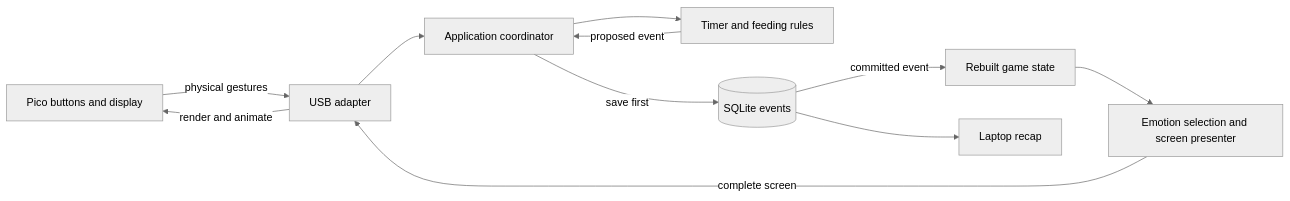
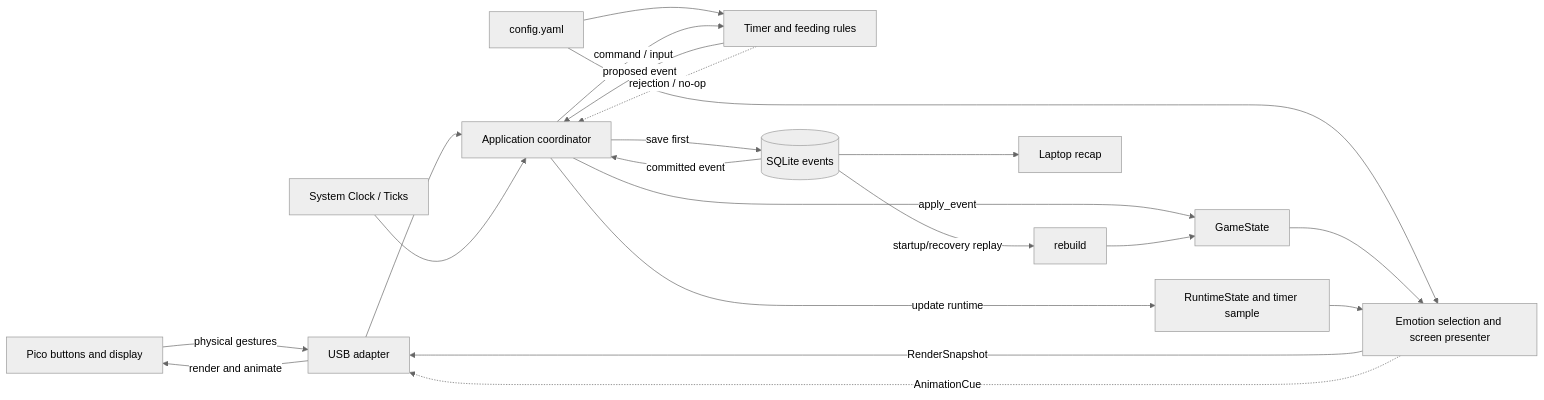
One commit to Ju5t1nL3/Hus-Kitchen changed the second of 2 diagrams in docs/system_design.md. Above: the diagram before and after it, drawn with Mermaid (neutral theme). The commit also changed other lines of this file, not shown here.

Commit message:
Update system design diagrams

````diff
--- a/docs/system_design.md
+++ b/docs/system_design.md
@@ -9,13 +29,32 @@
 ```mermaid
 flowchart LR
+    %% Inputs
     Pico[Pico buttons and display] -->|physical gestures| USB[USB adapter]
     USB --> App[Application coordinator]
-    App --> Rules[Timer and feeding rules]
+    Clock[System Clock / Ticks] --> App
+    Config[config.yaml] --> Rules
+    Config --> View
+
+    %% Logic & Rejection
+    App -->|command / input| Rules[Timer and feeding rules]
     Rules -->|proposed event| App
+    Rules -.->|rejection / no-op| App
+
+    %% State & Storage
     App -->|save first| DB[(SQLite events)]
-    DB -->|committed event| State[Rebuilt game state]
+    DB -->|committed event| App
+    App -->|apply_event| State[GameState]
+    DB -->|startup/recovery replay| Rebuild[rebuild]
+    Rebuild --> State
+    DB --> Reports[Laptop recap]
+
+    %% Presentation & Emotion
+    App -->|update runtime| Runtime
     State --> View[Emotion selection and screen presenter]
-    View -->|complete screen| USB
+    Runtime[RuntimeState and timer sample] --> View
+    View -->|RenderSnapshot| USB
+    View -.->|AnimationCue| USB
+
+    %% Output
     USB -->|render and animate| Pico
-    DB --> Reports[Laptop recap]
 ```
````
